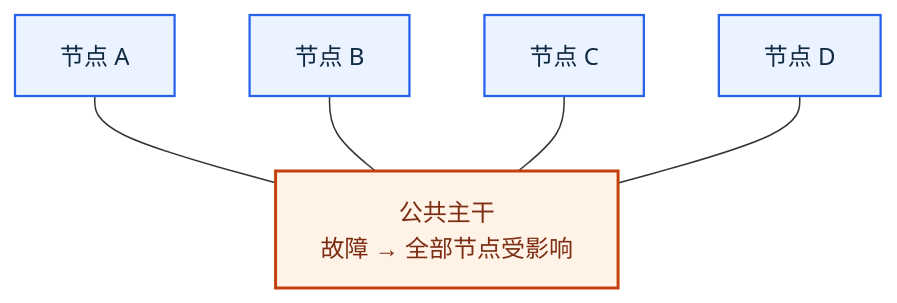
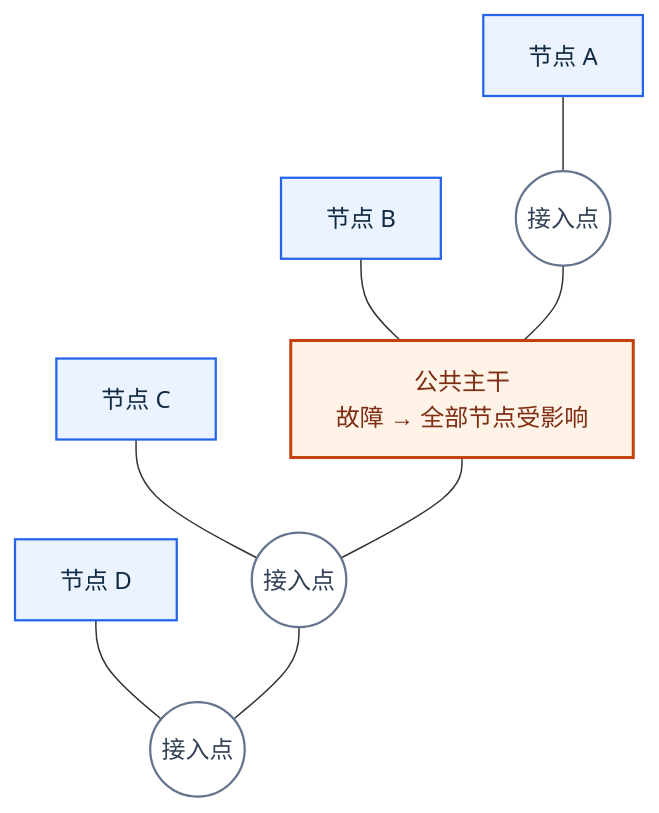
The first of 5 diagrams in 01_综合知识/01_计算机系统基础知识/03_计算机网络/08_网络工程与组网/网络拓扑结构.md (74262195/system-architect-notes), drawn with Mermaid before and after one commit.

Commit message:
fix(network): 修正总线型拓扑图

````diff
--- a/01_综合知识/01_计算机系统基础知识/03_计算机网络/08_网络工程与组网/网络拓扑结构.md
+++ b/01_综合知识/01_计算机系统基础知识/03_计算机网络/08_网络工程与组网/网络拓扑结构.md
@@ -47,12 +47,15 @@
 ```mermaid
 %%{init: {'theme':'base','themeVariables':{'primaryColor':'#EAF3FF','primaryTextColor':'#102A43','primaryBorderColor':'#2563EB','lineColor':'#475569','fontFamily':'-apple-system, BlinkMacSystemFont, "Segoe UI", sans-serif'}}}%%
 flowchart TB
-    A[节点 A] --- BUS[公共主干<br/>故障 → 全部节点受影响]
-    B[节点 B] --- BUS
-    C[节点 C] --- BUS
-    D[节点 D] --- BUS
+    A[节点 A] --- T1((接入点))
+    B[节点 B] --- BUS[公共主干<br/>故障 → 全部节点受影响]
+    C[节点 C] --- T3((接入点))
+    D[节点 D] --- T4((接入点))
+    T1 --- BUS --- T3 --- T4
     classDef node fill:#EAF3FF,stroke:#2563EB,color:#102A43,stroke-width:1.5px
     classDef critical fill:#FFF3E8,stroke:#C2410C,color:#7C2D12,stroke-width:2px
+    classDef tap fill:#FFFFFF,stroke:#64748B,color:#334155,stroke-width:1.5px
     class A,B,C,D node
     class BUS critical
+    class T1,T3,T4 tap
 ```
````
